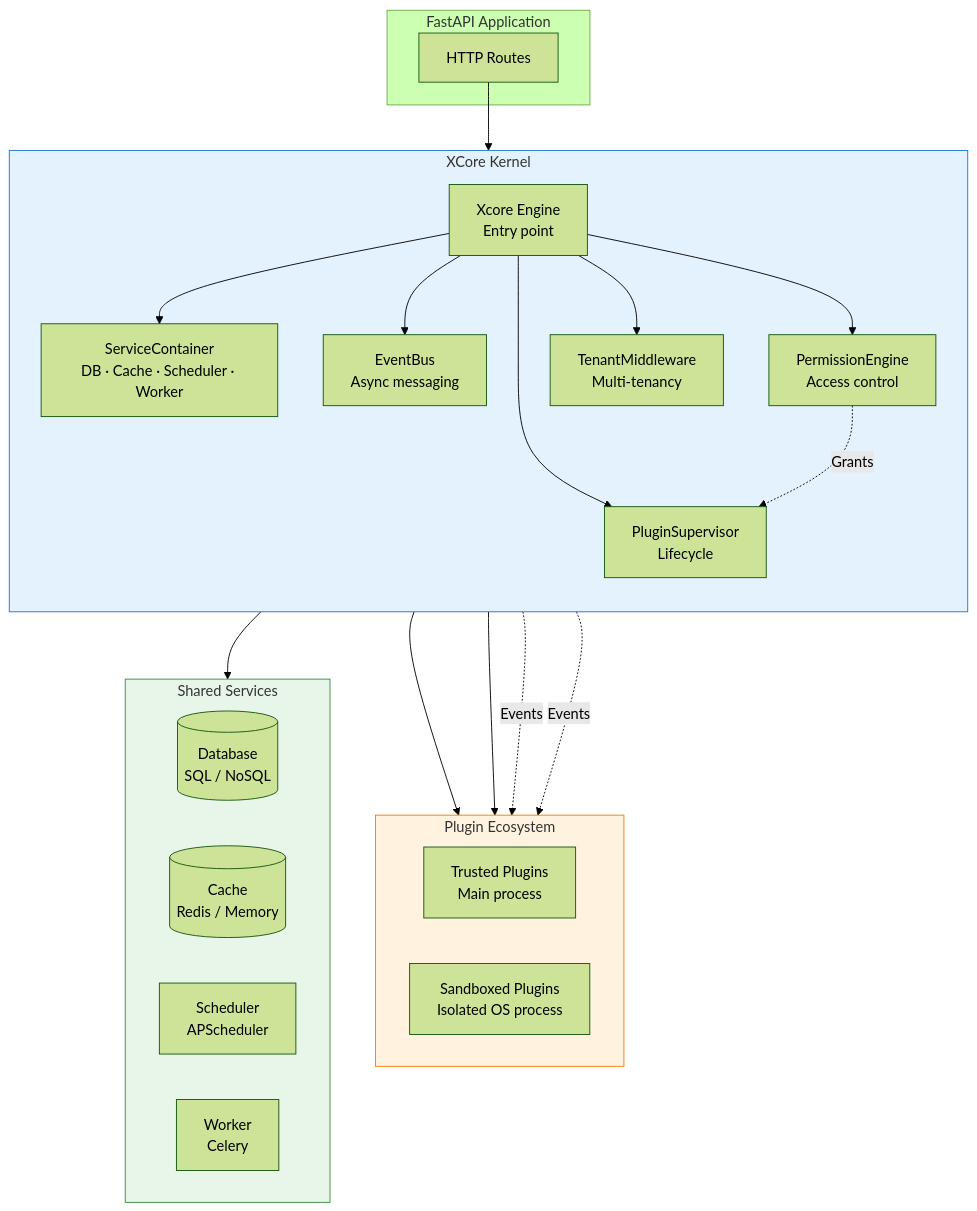
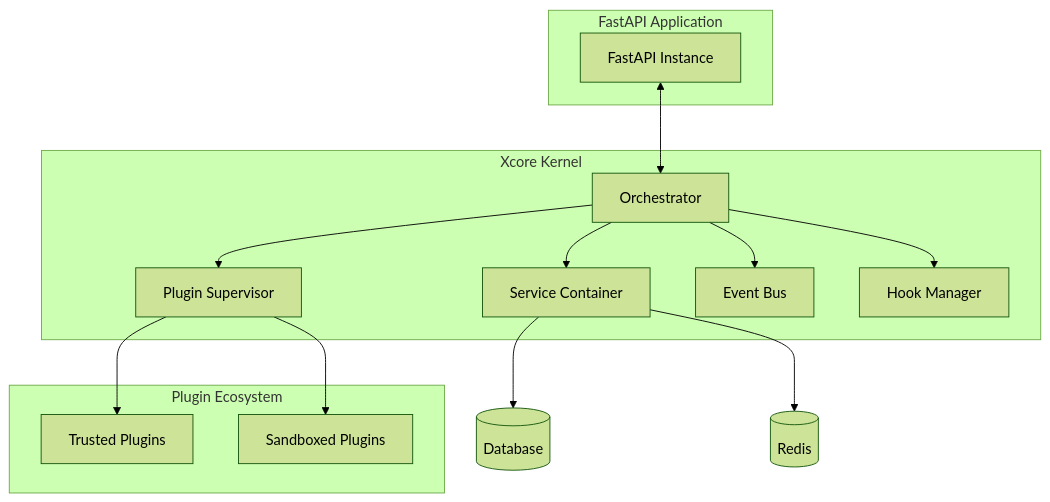
The diagram in doc/index.md (traoreera/xcore), drawn with Mermaid (forest theme) before and after one commit. The commit also changed other lines of this file and 82 other files, not shown here.

````diff
--- a/doc/index.md
+++ b/doc/index.md
@@ -64,40 +28,29 @@
 ```mermaid
 flowchart TB
     subgraph App["FastAPI Application"]
-        FA[HTTP Routes]
+        F[FastAPI Instance]
     end
 
-    subgraph Kernel["XCore Kernel"]
-        direction TB
-        X[Xcore Engine<br/>Entry point]
-        SC[ServiceContainer<br/>DB · Cache · Scheduler · Worker]
-        PS[PluginSupervisor<br/>Lifecycle]
-        EB[EventBus<br/>Async messaging]
-        PE[PermissionEngine<br/>Access control]
-        TM[TenantMiddleware<br/>Multi-tenancy]
+    subgraph Core["Xcore Kernel"]
+        X[Orchestrator]
+        PS[Plugin Supervisor]
+        SC[Service Container]
+        EB[Event Bus]
+        HM[Hook Manager]
     end
 
     subgraph Plugins["Plugin Ecosystem"]
-        direction LR
-        TP[Trusted Plugins<br/>Main process]
-        SP[Sandboxed Plugins<br/>Isolated OS process]
+        T[Trusted Plugins]
+        S[Sandboxed Plugins]
     end
 
-    subgraph Services["Shared Services"]
-        DB[(Database<br/>SQL / NoSQL)]
-        CACHE[(Cache<br/>Redis / Memory)]
-        SCHED[Scheduler<br/>APScheduler]
-        WORKER[Worker<br/>Celery]
-    end
-
-    FA --> X
-    X --> SC & PS & EB & PE & TM
-    SC --> Services
-    PS --> TP & SP
-    EB -.->|Events| TP & SP
-    PE -.->|Grants| PS
-
-    style Kernel fill:#E3F2FD,stroke:#1976D2
-    style Plugins fill:#FFF3E0,stroke:#F57C00
-    style Services fill:#E8F5E9,stroke:#388E3C
+    F <--> X
+    X --> PS
+    X --> SC
+    X --> EB
+    X --> HM
+    PS --> T
+    PS --> S
+    SC --> DB[(Database)]
+    SC --> RD[(Redis)]
 ```
````
